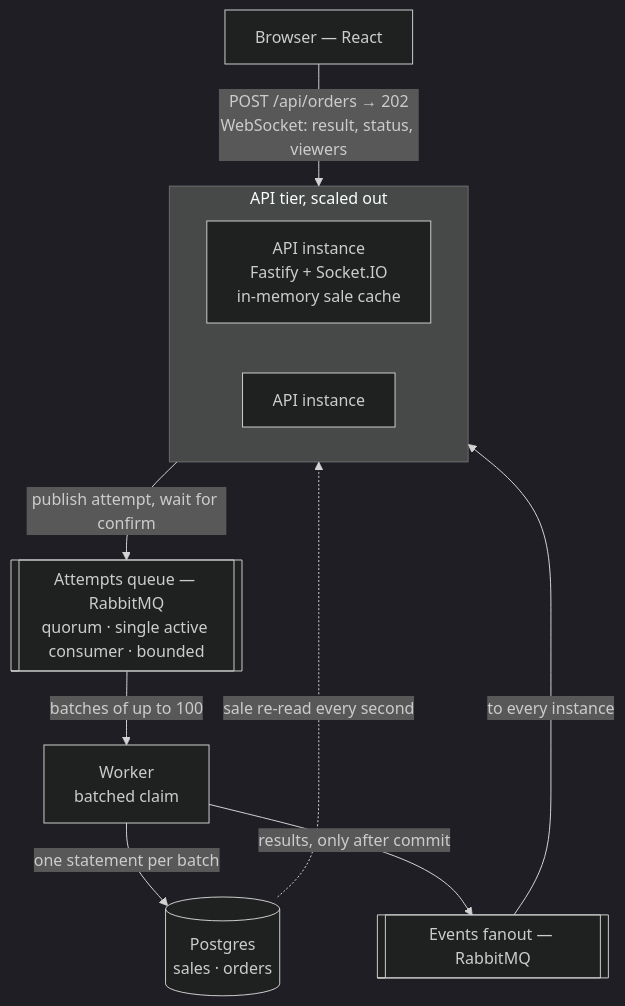
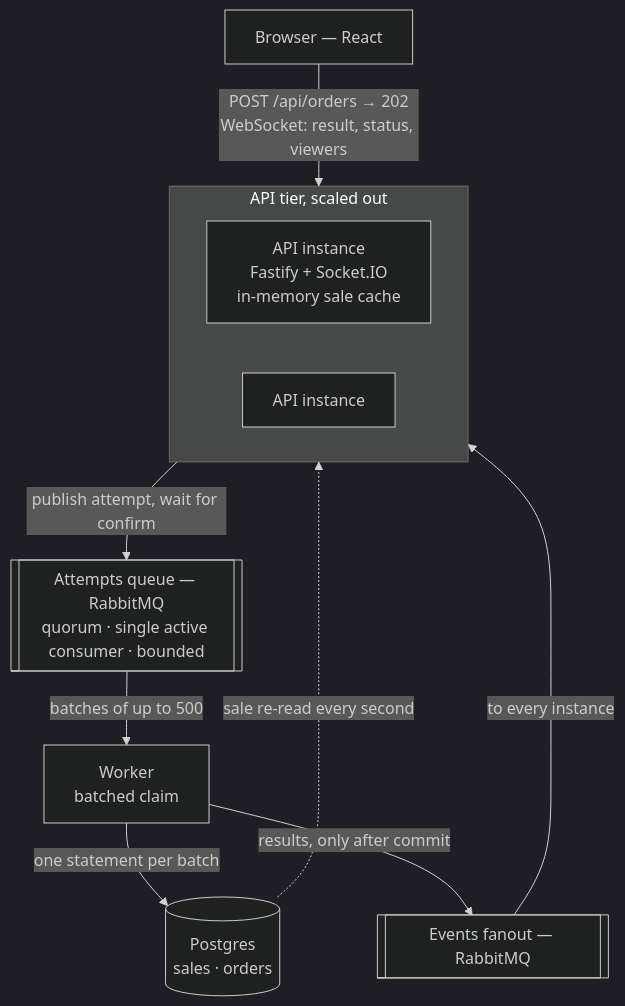
Before and after one commit to ignatiusreza/flash-sale: the first of 2 diagrams in README.md, drawn with Mermaid (dark theme). The commit also changed other lines of this file and 5 other files, not shown here.

````diff
--- a/README.md
+++ b/README.md
@@ -52,22 +52,22 @@
 ```mermaid
 flowchart TB
     B["Browser — React"]
 
     subgraph API["API tier, scaled out"]
         A1["API instance<br/>Fastify + Socket.IO<br/>in-memory sale cache"]
         A2["API instance"]
     end
 
     Q[["Attempts queue — RabbitMQ<br/>quorum · single active consumer · bounded"]]
     W["Worker<br/>batched claim"]
     P[("Postgres<br/>sales · orders")]
     F[["Events fanout — RabbitMQ"]]
 
     B -- "POST /api/orders → 202<br/>WebSocket: result, status, viewers" --> API
     API -- "publish attempt, wait for confirm" --> Q
-    Q -- "batches of up to 100" --> W
+    Q -- "batches of up to 500" --> W
     W -- "one statement per batch" --> P
     W -- "results, only after commit" --> F
     F -- "to every instance" --> API
     P -. "sale re-read every second" .-> API
 ```
````
